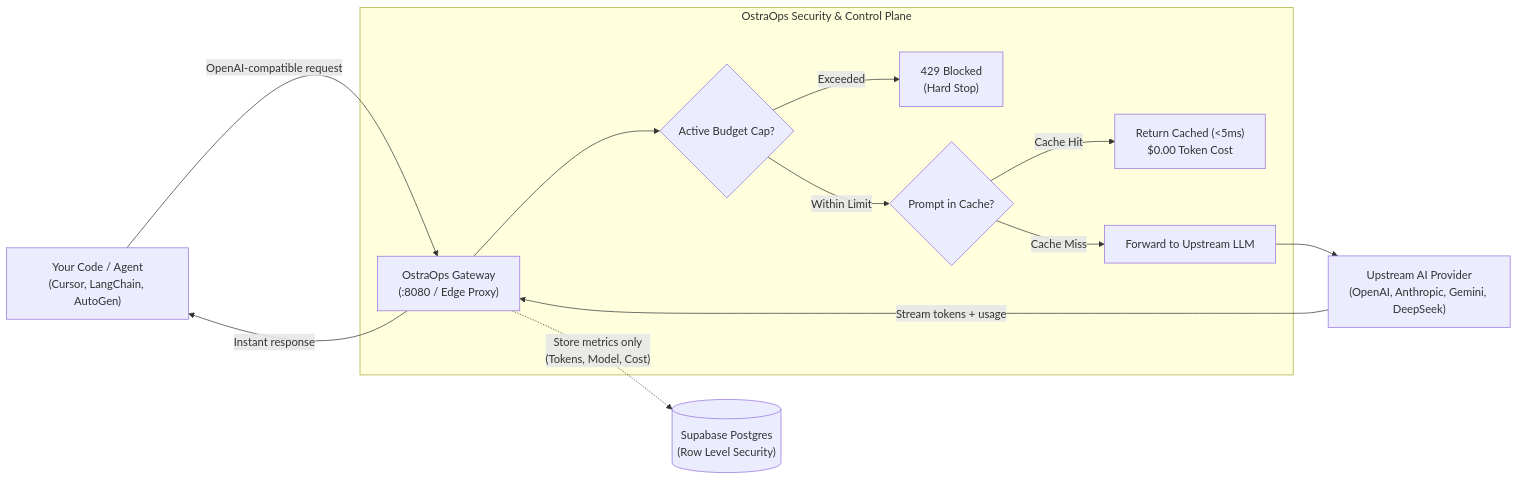
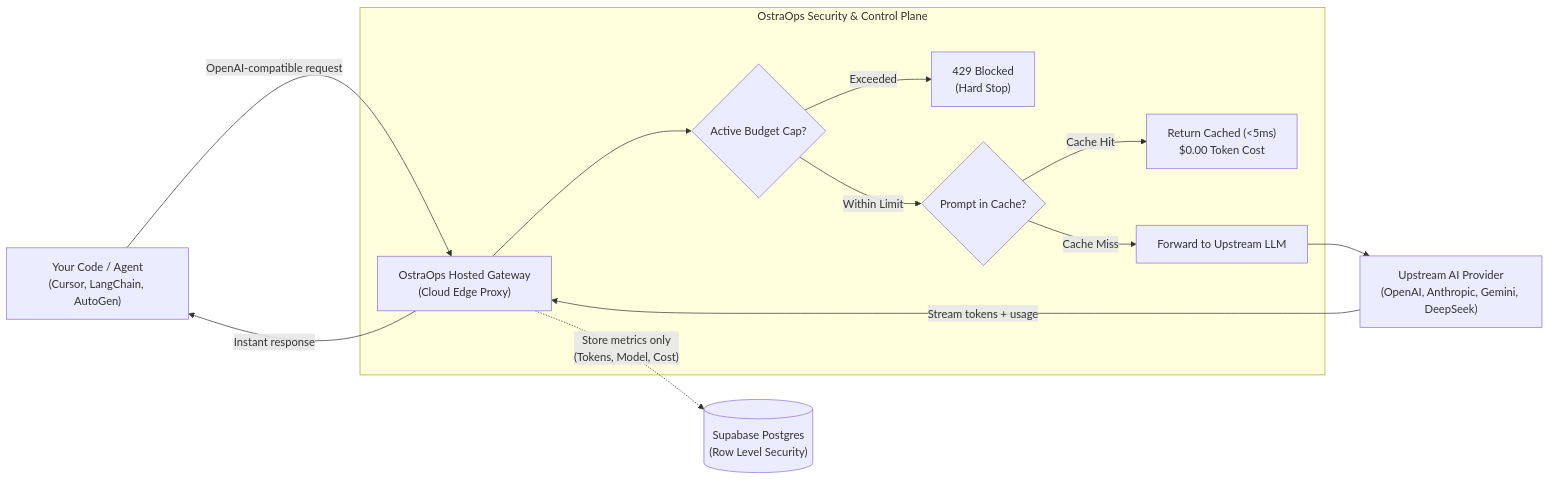
One commit to stoppingarc01-ai/Ostra-FinOps changed the diagram in README.md. Above: the diagram before and after it, drawn with Mermaid. The commit also changed other lines of this file, not shown here.

Commit message:
docs: remove local daemon references and image embeds, update to pure hosted gateway documentation

````diff
--- a/README.md
+++ b/README.md
@@ -45,17 +67,17 @@
 ```mermaid
 flowchart LR
-    A["Your Code / Agent\n(Cursor, LangChain, AutoGen)"] -->|"OpenAI-compatible request"| B["OstraOps Gateway\n(:8080 / Edge Proxy)"]
+    A["Your Code / Agent\n(Cursor, LangChain, AutoGen)"] -->|"OpenAI-compatible request"| B["OstraOps Hosted Gateway\n(Cloud Edge Proxy)"]
     
     subgraph OstraOps Security & Control Plane
         B --> C{"Active Budget Cap?"}
         C -- Exceeded --> D["429 Blocked\n(Hard Stop)"]
         C -- Within Limit --> E{"Prompt in Cache?"}
         E -- Cache Hit --> F["Return Cached (<5ms)\n$0.00 Token Cost"]
         E -- Cache Miss --> G["Forward to Upstream LLM"]
     end
     
     G --> H["Upstream AI Provider\n(OpenAI, Anthropic, Gemini, DeepSeek)"]
     H -->|"Stream tokens + usage"| B
     B -->|"Instant response"| A
     B -.->|"Store metrics only\n(Tokens, Model, Cost)"| I[("Supabase Postgres\n(Row Level Security)")]
 ```
````
